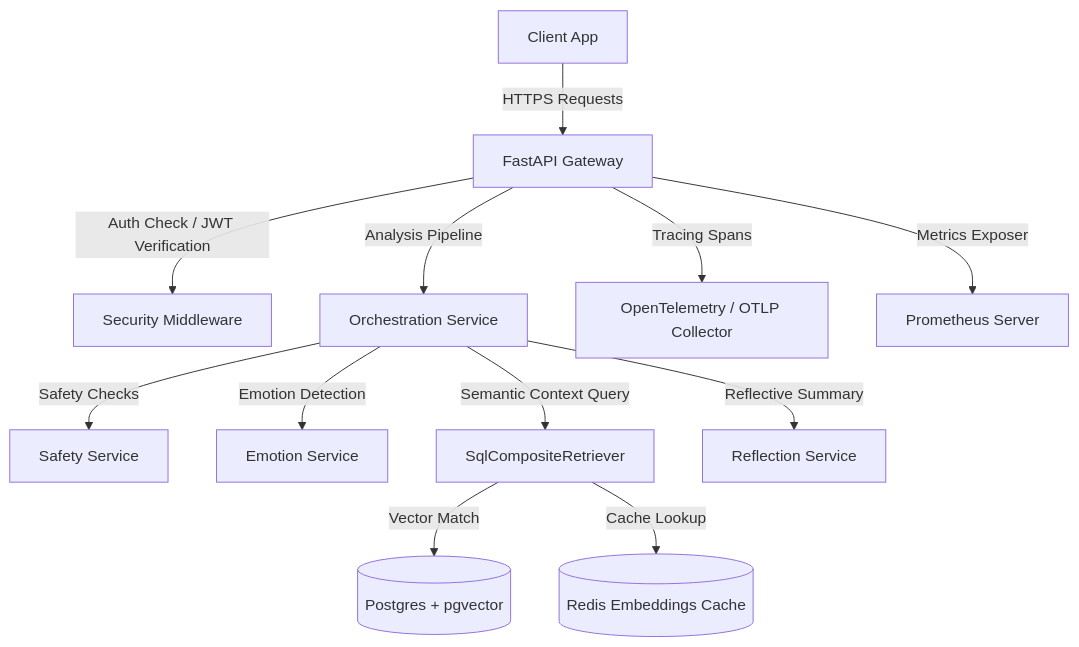
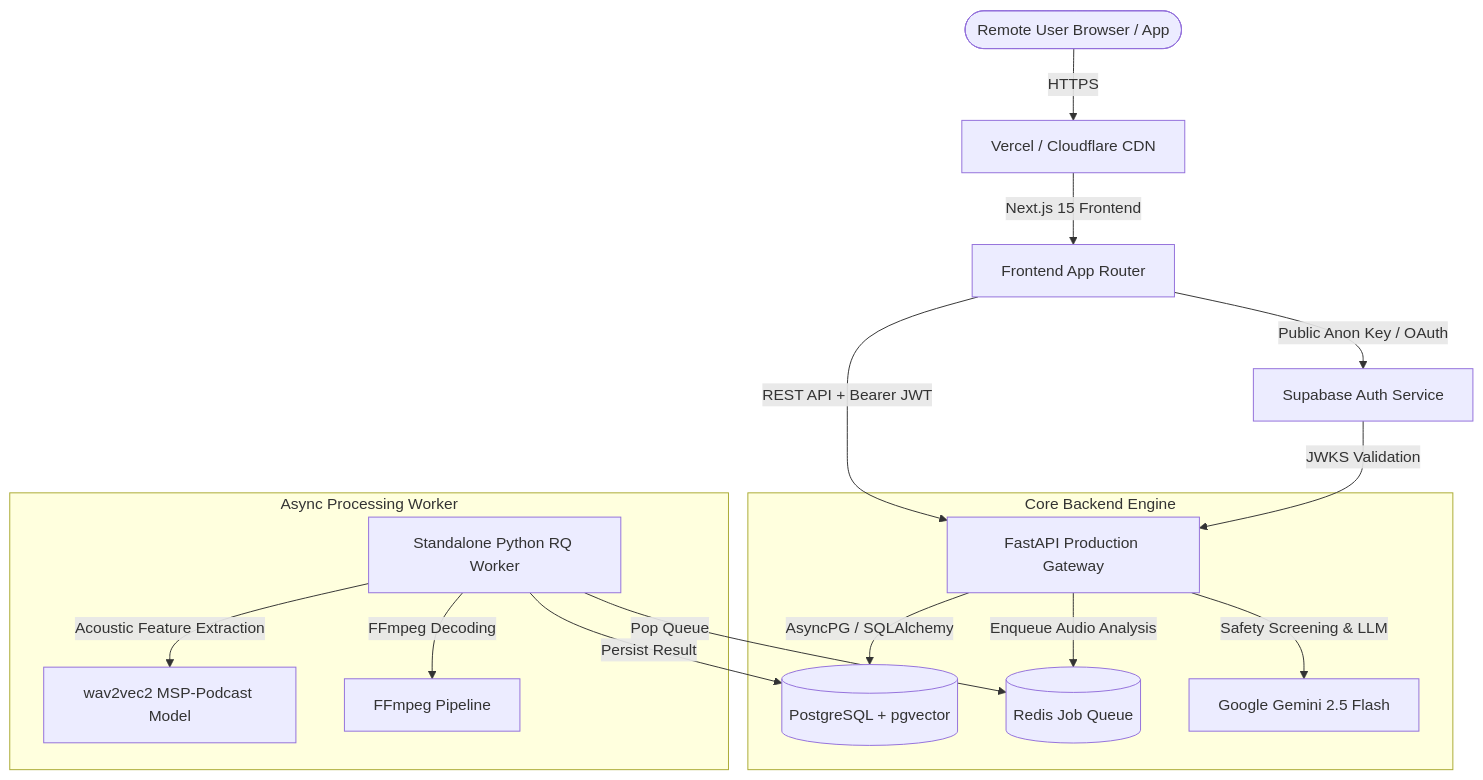
One commit to RIPU05/mindcarev2-ai changed the diagram in README.md. Above: the diagram before and after it, drawn with Mermaid. The commit also changed other lines of this file, not shown here.

Commit message:
docs: update production README with architecture and non-clinical disclaimer

````diff
--- a/README.md
+++ b/README.md
@@ -9,17 +12,23 @@
 ```mermaid
-graph TD
-  User[Client App] -->|HTTPS Requests| API[FastAPI Gateway]
-  API -->|Auth Check / JWT Verification| Auth[Security Middleware]
-  API -->|Analysis Pipeline| Orchestrator[Orchestration Service]
-  
-  Orchestrator -->|Safety Checks| Safety[Safety Service]
-  Orchestrator -->|Emotion Detection| Emotion[Emotion Service]
-  Orchestrator -->|Semantic Context Query| RAG[SqlCompositeRetriever]
-  Orchestrator -->|Reflective Summary| Reflection[Reflection Service]
-  
-  RAG -->|Vector Match| DB[(Postgres + pgvector)]
-  RAG -->|Cache Lookup| Redis[(Redis Embeddings Cache)]
-  
-  API -->|Tracing Spans| OTEL[OpenTelemetry / OTLP Collector]
-  API -->|Metrics Exposer| Prom[Prometheus Server]
+flowchart TD
+    User([Remote User Browser / App]) -->|HTTPS| CDN[Vercel / Cloudflare CDN]
+    CDN -->|Next.js 15 Frontend| FE[Frontend App Router]
+    
+    FE -->|Public Anon Key / OAuth| SupabaseAuth[Supabase Auth Service]
+    FE -->|REST API + Bearer JWT| Gateway[FastAPI Production Gateway]
+    
+    subgraph Core Backend Engine
+        Gateway -->|AsyncPG / SQLAlchemy| DB[(PostgreSQL + pgvector)]
+        Gateway -->|Enqueue Audio Analysis| Redis[(Redis Job Queue)]
+        Gateway -->|Safety Screening & LLM| Gemini[Google Gemini 2.5 Flash]
+    end
+    
+    subgraph Async Processing Worker
+        Worker[Standalone Python RQ Worker] -->|Pop Queue| Redis
+        Worker -->|Acoustic Feature Extraction| Wav2Vec[wav2vec2 MSP-Podcast Model]
+        Worker -->|FFmpeg Decoding| FFmpeg[FFmpeg Pipeline]
+        Worker -->|Persist Result| DB
+    end
+    
+    SupabaseAuth -->|JWKS Validation| Gateway
 ```
````
